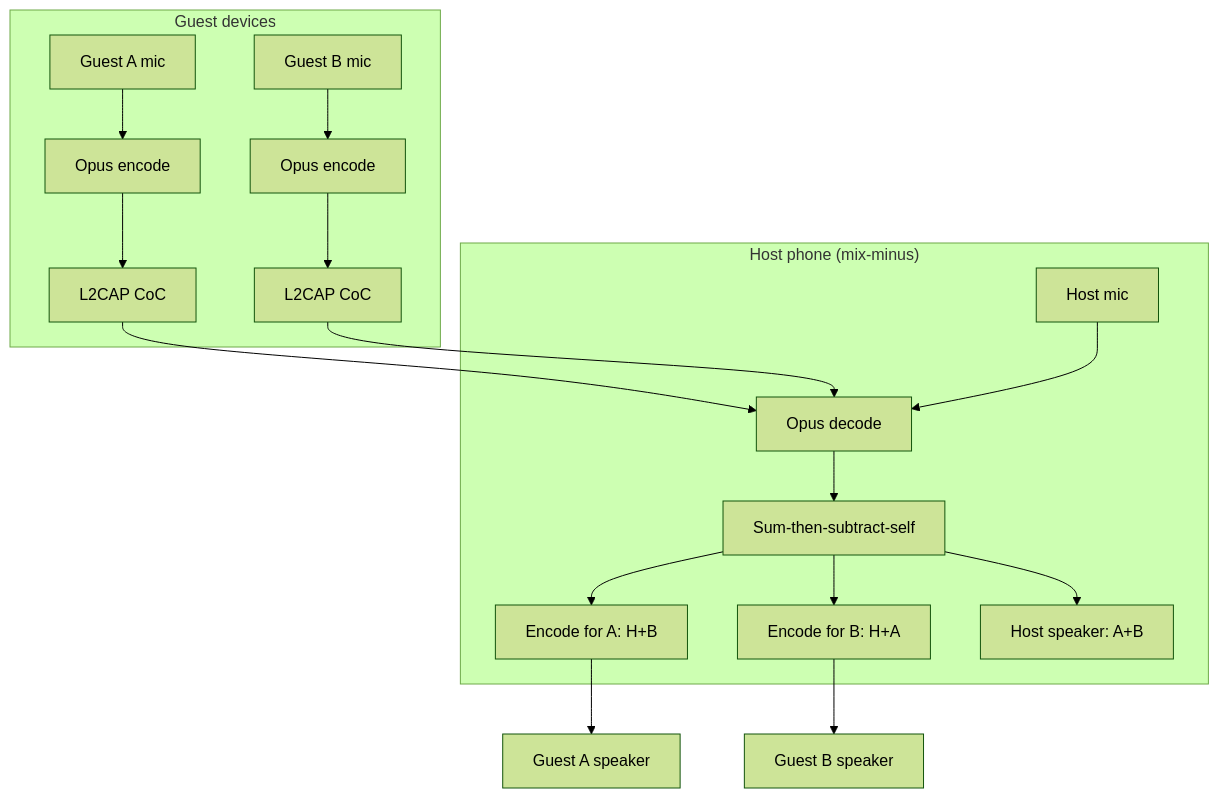
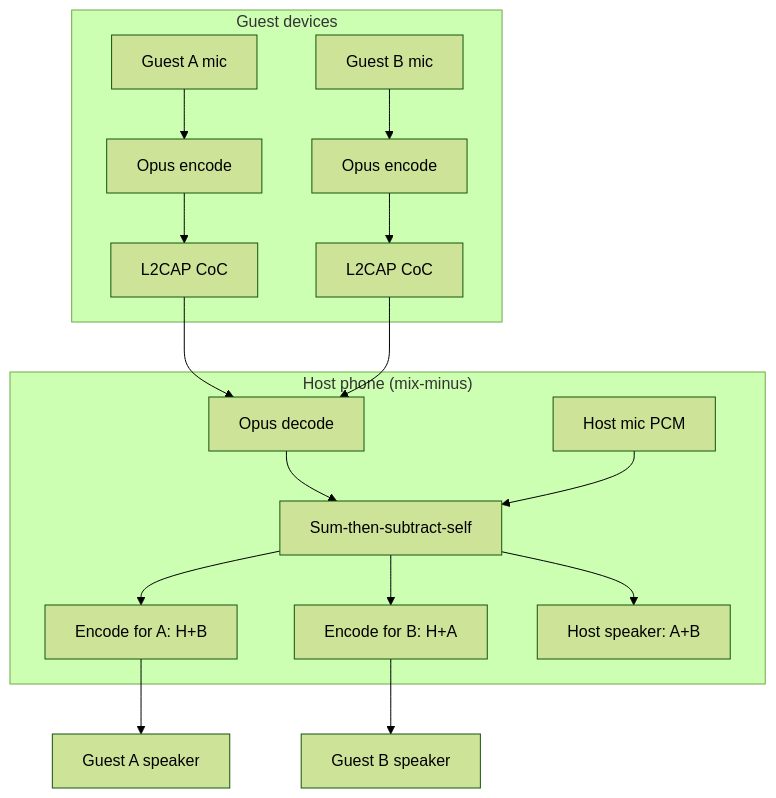
The second of 2 diagrams in README.md (ElodinLaarz/walkie-talkie), drawn with Mermaid (forest theme) before and after one commit. The commit also changed other lines of this file, not shown here.

First line of the commit message:
Address CodeRabbit: host mic feeds mixer as PCM, not via Opus/L2CAP

````diff
--- a/README.md
+++ b/README.md
@@ -144,22 +145,22 @@
 ```mermaid
 graph TD
     subgraph "Guest devices"
         MicA[Guest A mic] --> OpusA[Opus encode]
         MicB[Guest B mic] --> OpusB[Opus encode]
         OpusA --> L2CAPInA[L2CAP CoC]
         OpusB --> L2CAPInB[L2CAP CoC]
     end
 
     subgraph "Host phone (mix-minus)"
         L2CAPInA --> Decode[Opus decode]
         L2CAPInB --> Decode
-        MicH[Host mic] --> Decode
         Decode --> Mixer[Sum-then-subtract-self]
+        MicH[Host mic PCM] --> Mixer
         Mixer --> EncA[Encode for A: H+B]
         Mixer --> EncB[Encode for B: H+A]
         Mixer --> SpkH[Host speaker: A+B]
     end
 
     EncA --> SpkA[Guest A speaker]
     EncB --> SpkB[Guest B speaker]
 ```
````
